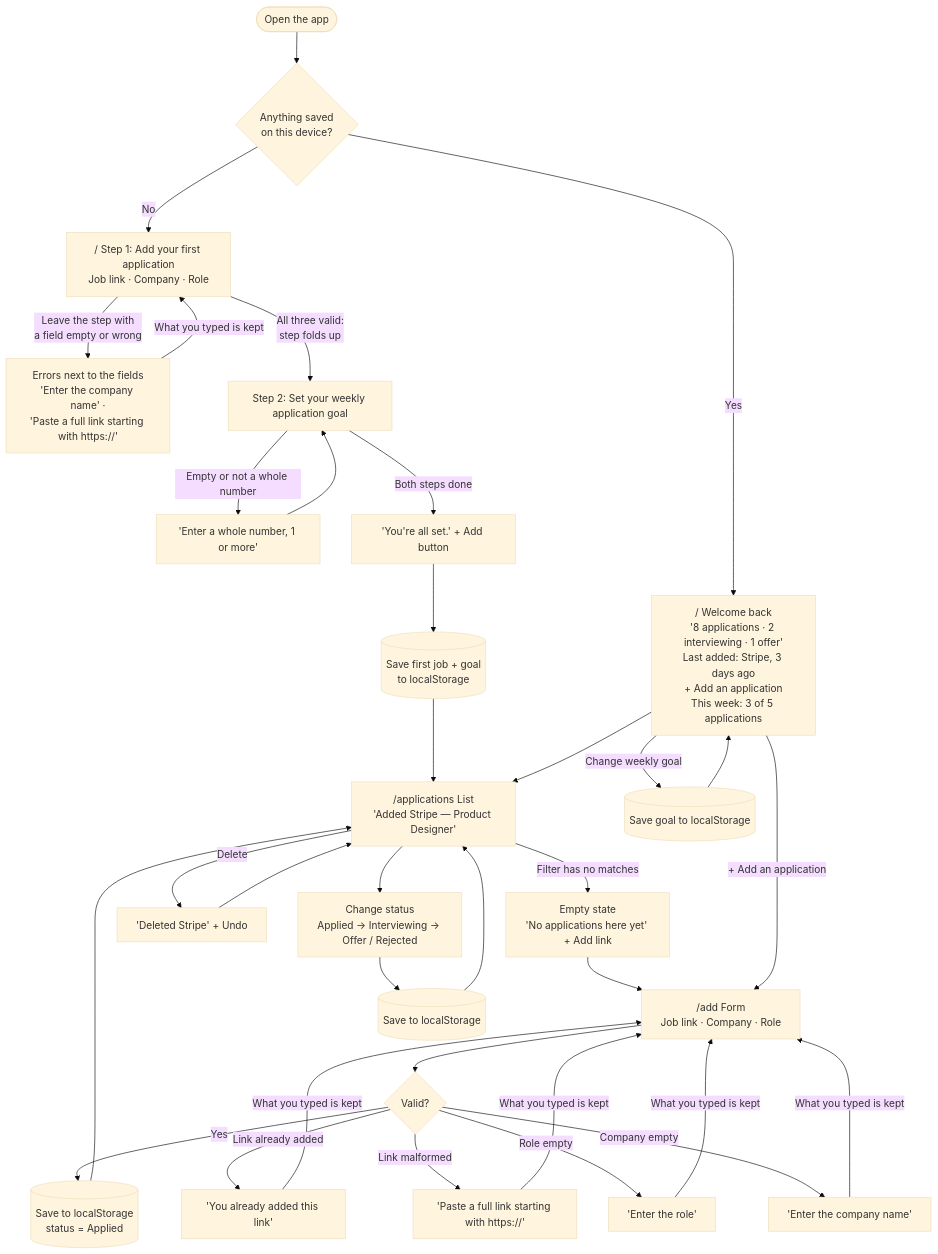
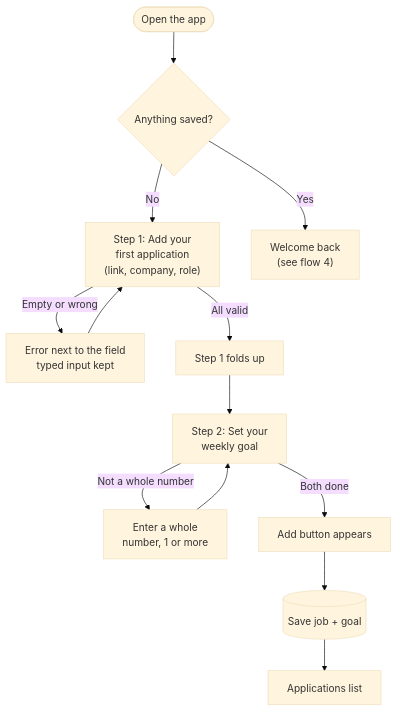
One commit to chentejung/mpcs_design_build_ship_3 changed the first of 4 diagrams in README.md. Above: the diagram before and after it, drawn with Mermaid (base theme). The commit also changed other lines of this file and 1 other file, not shown here.

Commit message:
Split flow diagram into four smaller diagrams so GitHub renders them fully

````diff
--- a/README.md
+++ b/README.md
@@ -13,41 +15,15 @@
 ```mermaid
 flowchart TD
-    Start(["Open the app"]) --> Saved{"Anything saved<br/>on this device?"}
-
-    %% 1. First visit: onboarding in two steps
-    Saved -- No --> Step1["/ Step 1: Add your first application<br/>Job link · Company · Role"]
-    Step1 -- "Leave the step with<br/>a field empty or wrong" --> Step1Err["Errors next to the fields<br/>'Enter the company name' ·<br/>'Paste a full link starting with https://'"]
-    Step1Err -- "What you typed is kept" --> Step1
-    Step1 -- "All three valid:<br/>step folds up" --> Step2["Step 2: Set your weekly application goal"]
-    Step2 -- "Empty or not a whole number" --> GoalErr["'Enter a whole number, 1 or more'"]
-    GoalErr --> Step2
-    Step2 -- "Both steps done" --> AddBtn["'You're all set.' + Add button"]
-    AddBtn --> SaveFirst[("Save first job + goal<br/>to localStorage")]
-    SaveFirst --> List
-
-    %% 2. The form and its errors
-    Form["/add Form<br/>Job link · Company · Role"] --> Submit{"Valid?"}
-    Submit -- "Company empty" --> ErrCompany["'Enter the company name'"]
-    Submit -- "Role empty" --> ErrRole["'Enter the role'"]
-    Submit -- "Link malformed" --> ErrLink["'Paste a full link starting with https://'"]
-    Submit -- "Link already added" --> ErrDup["'You already added this link'"]
-    ErrCompany & ErrRole & ErrLink & ErrDup -- "What you typed is kept" --> Form
-    Submit -- Yes --> Save[("Save to localStorage<br/>status = Applied")]
-    Save --> List
-
-    %% 3. It's on my list
-    List["/applications List<br/>'Added Stripe — Product Designer'"] --> Status["Change status<br/>Applied → Interviewing → Offer / Rejected"]
-    Status --> SaveStatus[("Save to localStorage")]
-    SaveStatus --> List
-    List -- "Delete" --> Undo["'Deleted Stripe' + Undo"]
-    Undo --> List
-    List -- "Filter has no matches" --> Empty["Empty state<br/>'No applications here yet' + Add link"]
-    Empty --> Form
-
-    %% 4. Coming back
-    Saved -- Yes --> Welcome["/ Welcome back<br/>'8 applications · 2 interviewing · 1 offer'<br/>Last added: Stripe, 3 days ago<br/>+ Add an application<br/>This week: 3 of 5 applications"]
-    Welcome -- "Change weekly goal" --> Goal[("Save goal to localStorage")]
-    Goal --> Welcome
-    Welcome --> List
-    Welcome -- "+ Add an application" --> Form
+    Open(["Open the app"]) --> Saved{"Anything saved?"}
+    Saved -- No --> Step1["Step 1: Add your<br/>first application<br/>(link, company, role)"]
+    Saved -- Yes --> Welcome["Welcome back<br/>(see flow 4)"]
+    Step1 -- "Empty or wrong" --> Err1["Error next to the field<br/>typed input kept"]
+    Err1 --> Step1
+    Step1 -- "All valid" --> Fold["Step 1 folds up"]
+    Fold --> Step2["Step 2: Set your<br/>weekly goal"]
+    Step2 -- "Not a whole number" --> Err2["Enter a whole<br/>number, 1 or more"]
+    Err2 --> Step2
+    Step2 -- "Both done" --> Add["Add button appears"]
+    Add --> Save1[("Save job + goal")]
+    Save1 --> List["Applications list"]
 ```
````
